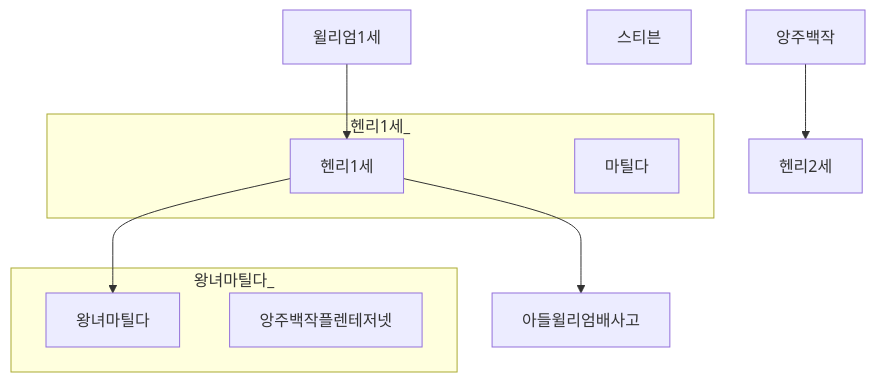
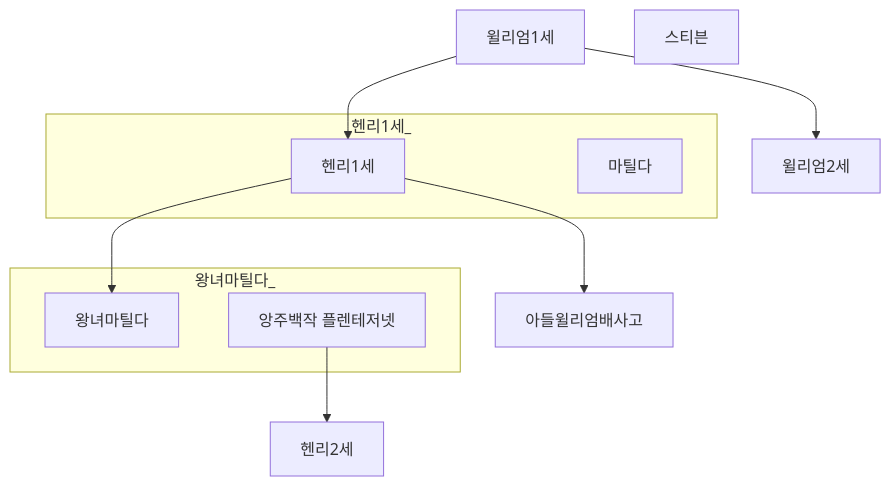
The diagram in 서양사/영국왕가계도.md (daewonyoon/historigram), drawn with Mermaid before and after one commit. The commit also changed 1 other file, not shown here.

Commit message:
영국왕가계도, 요왕조 가계도

````diff
--- a/서양사/영국왕가계도.md
+++ b/서양사/영국왕가계도.md
@@ -1,27 +1,29 @@
 ```mermaid
 
 flowchart
 
-
+  윌리엄1세 --> 윌리엄2세
   윌리엄1세 --> 헨리1세 --> 아들윌리엄배사고
   마틸다
 
   subgraph 헨리1세_
   헨리1세
   마틸다
   end
   
   헨리1세 --> 왕녀마틸다
   스티븐
 
+  앙주백작["앙주백작 플렌테저넷"]
+
   subgraph 왕녀마틸다_
   왕녀마틸다
-  앙주백작플렌테저넷
+  앙주백작
   end
 
   앙주백작 --> 헨리2세
 
   
 
 
 ```
````
